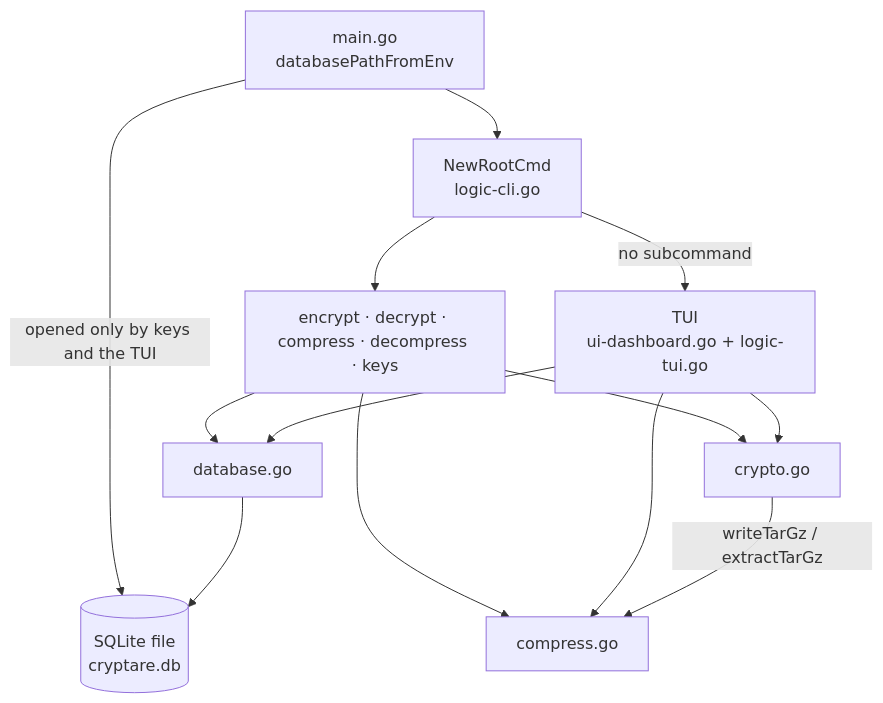
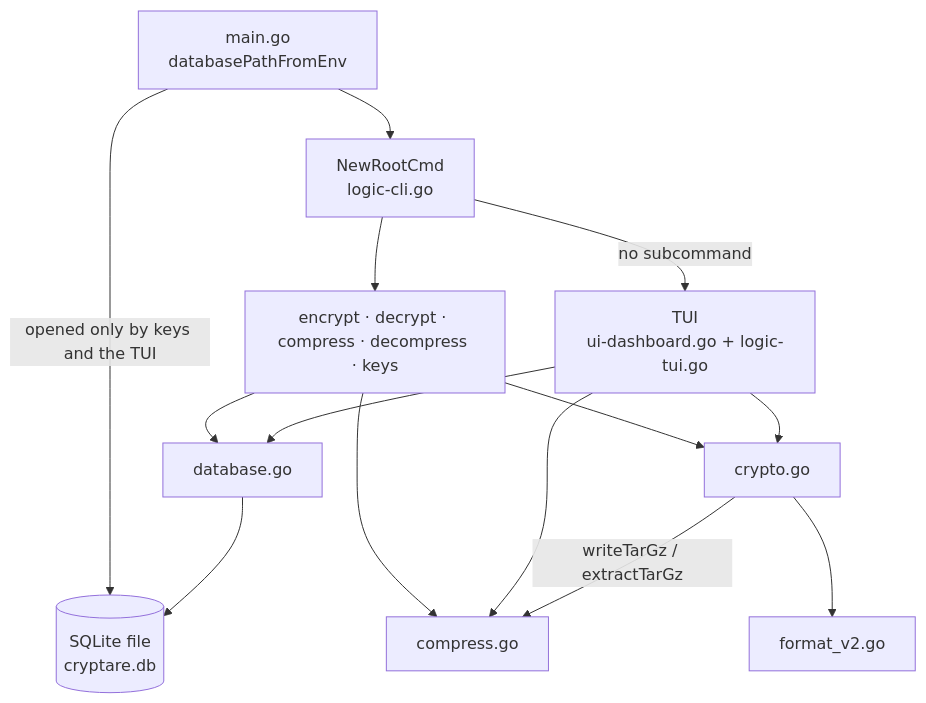
The first of 3 diagrams in intel/map.md (jabbott-iii/Cryptare), drawn with Mermaid before and after one commit. The commit also changed other lines of this file and 11 other files, not shown here.

````diff
--- a/intel/map.md
+++ b/intel/map.md
@@ -55,15 +57,16 @@
 ```mermaid
 flowchart TD
   main["main.go<br/>databasePathFromEnv"] -->|"opened only by keys and the TUI"| dbfile[("SQLite file<br/>cryptare.db")]
   main --> root["NewRootCmd<br/>logic-cli.go"]
   root -->|no subcommand| tui["TUI<br/>ui-dashboard.go + logic-tui.go"]
   root --> cli["encrypt · decrypt · compress · decompress · keys"]
   cli --> crypto["crypto.go"]
   cli --> compress["compress.go"]
   cli --> database["database.go"]
   tui --> crypto
   tui --> compress
   tui --> database
   crypto -->|"writeTarGz / extractTarGz"| compress
+  crypto --> format["format_v2.go"]
   database --> dbfile
 ```
````
